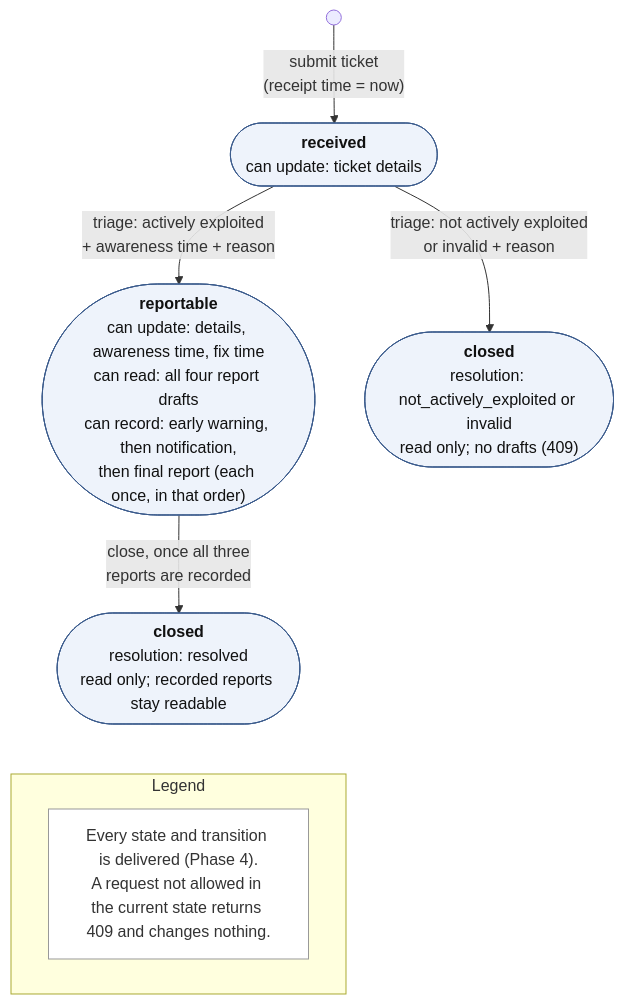
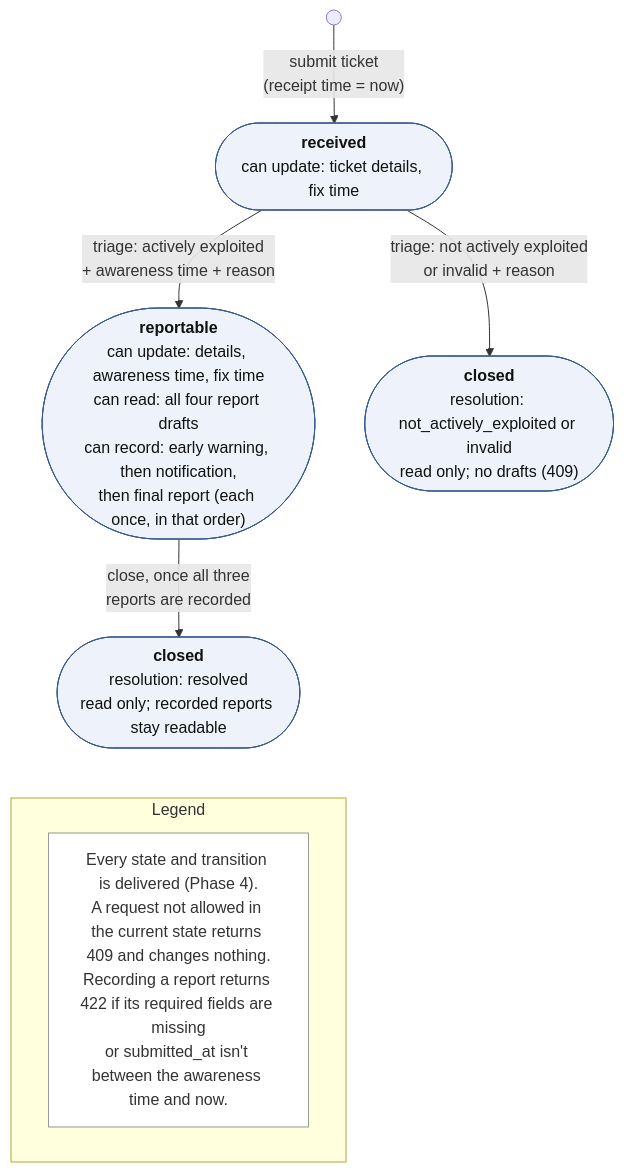
One commit to team17-ece30861/cra-service changed the diagram in docs/models/model-a-ticket-lifecycle.mmd. Above: the diagram before and after it, drawn with Mermaid. The commit also changed 6 other files, not shown here.

```diff
--- a/docs/models/model-a-ticket-lifecycle.mmd
+++ b/docs/models/model-a-ticket-lifecycle.mmd
@@ -1,17 +1,17 @@
 flowchart TB
   start((" ")) -->|"submit ticket<br/>(receipt time = now)"| received
-  received(["<b>received</b><br/>can update: ticket details"])
+  received(["<b>received</b><br/>can update: ticket details, fix time"])
   received -->|"triage: actively exploited<br/>+ awareness time + reason"| reportable
   received -->|"triage: not actively exploited<br/>or invalid + reason"| closedNA
   reportable(["<b>reportable</b><br/>can update: details, awareness time, fix time<br/>can read: all four report drafts<br/>can record: early warning, then notification,<br/>then final report (each once, in that order)"])
   closedNA(["<b>closed</b><br/>resolution: not_actively_exploited or invalid<br/>read only; no drafts (409)"])
   reportable -->|"close, once all three<br/>reports are recorded"| closedR(["<b>closed</b><br/>resolution: resolved<br/>read only; recorded reports stay readable"])
   subgraph legend["Legend"]
     direction LR
-    l1["Every state and transition is delivered (Phase 4).<br/>A request not allowed in the current state returns 409 and changes nothing."]
+    l1["Every state and transition is delivered (Phase 4).<br/>A request not allowed in the current state returns 409 and changes nothing.<br/>Recording a report returns 422 if its required fields are missing<br/>or submitted_at isn't between the awareness time and now."]
   end
   closedR ~~~ legend
   classDef state fill:#eef3fb,stroke:#3b5b8c,color:#111
   classDef note fill:#ffffff,stroke:#999,color:#333
   class received,reportable,closedNA,closedR state
   class l1 note
```
